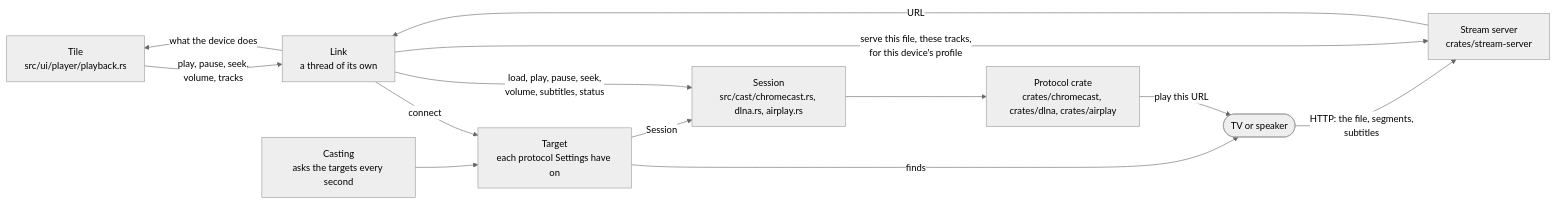
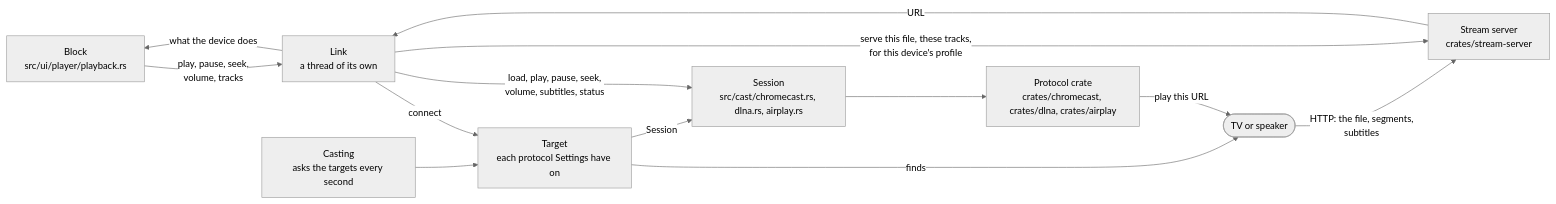
One commit to velocityzen/Plays changed the fourth of 6 diagrams in ARCHITECTURE.md. Above: the diagram before and after it, drawn with Mermaid (neutral theme). The commit also changed other lines of this file and 136 other files, not shown here.

First line of the commit message:
Call what shows a player a block, not a tile, everywhere (MM-395)

````diff
--- a/ARCHITECTURE.md
+++ b/ARCHITECTURE.md
@@ -1011,15 +1011,15 @@
 ```mermaid
 flowchart LR
-    tile["Tile<br/>src/ui/player/playback.rs"] -->|"play, pause, seek,<br/>volume, tracks"| link["Link<br/>a thread of its own"]
-    link -->|"what the device does"| tile
+    block["Block<br/>src/ui/player/playback.rs"] -->|"play, pause, seek,<br/>volume, tracks"| link["Link<br/>a thread of its own"]
+    link -->|"what the device does"| block
     casting["Casting<br/>asks the targets every second"] --> target["Target<br/>each protocol Settings have on"]
     target -->|"finds"| device(["TV or speaker"])
     link -->|"connect"| target
     target -->|"Session"| session["Session<br/>src/cast/chromecast.rs, dlna.rs, airplay.rs"]
     link -->|"load, play, pause, seek,<br/>volume, subtitles, status"| session
     session --> crate["Protocol crate<br/>crates/chromecast, crates/dlna, crates/airplay"]
     crate -->|"play this URL"| device
     link -->|"serve this file, these tracks,<br/>for this device's profile"| server["Stream server<br/>crates/stream-server"]
     server -->|"URL"| link
     device -->|"HTTP: the file, segments,<br/>subtitles"| server
 ```
````
